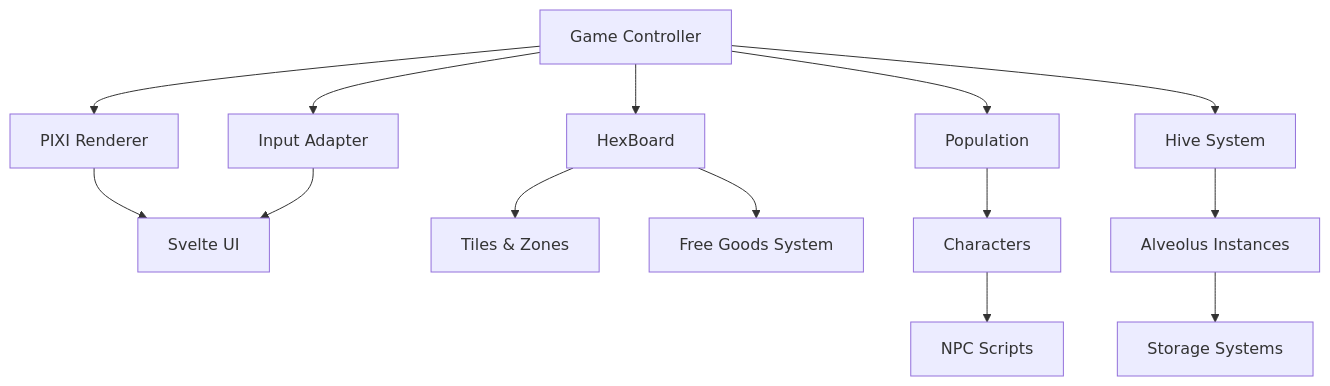
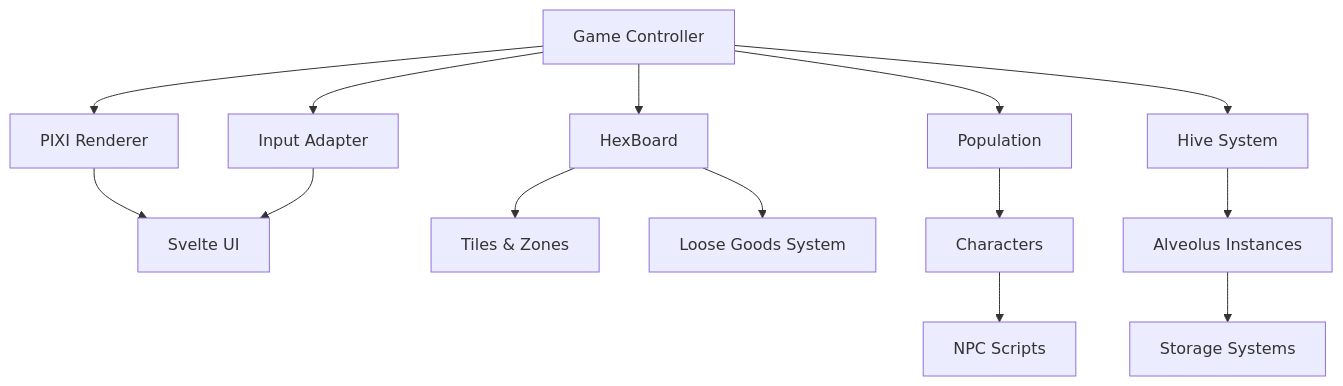
One commit to eddow/anarkai changed the first of 3 diagrams in engines/ssh/docs/architecture.md. Above: the diagram before and after it, drawn with Mermaid. The commit also changed other lines of this file and 54 other files, not shown here.

````diff
--- a/engines/ssh/docs/architecture.md
+++ b/engines/ssh/docs/architecture.md
@@ -7,28 +7,28 @@
 ```mermaid
 graph TB
     Game[Game Controller]
     Board[HexBoard]
     Pop[Population]
     Hive[Hive System]
     Renderer[PIXI Renderer]
     Input[Input Adapter]
     UI[Svelte UI]
     
     Game --> Board
     Game --> Pop
     Game --> Hive
     Game --> Renderer
     Game --> Input
     
     Board --> Tiles[Tiles & Zones]
-    Board --> FreeGoods[Free Goods System]
+    Board --> LooseGoods[Loose Goods System]
     
     Pop --> Characters[Characters]
     Characters --> Scripts[NPC Scripts]
     
     Hive --> Alveoli[Alveolus Instances]
     Alveoli --> Storage[Storage Systems]
     
     Renderer --> UI
     Input --> UI
 ```
````
